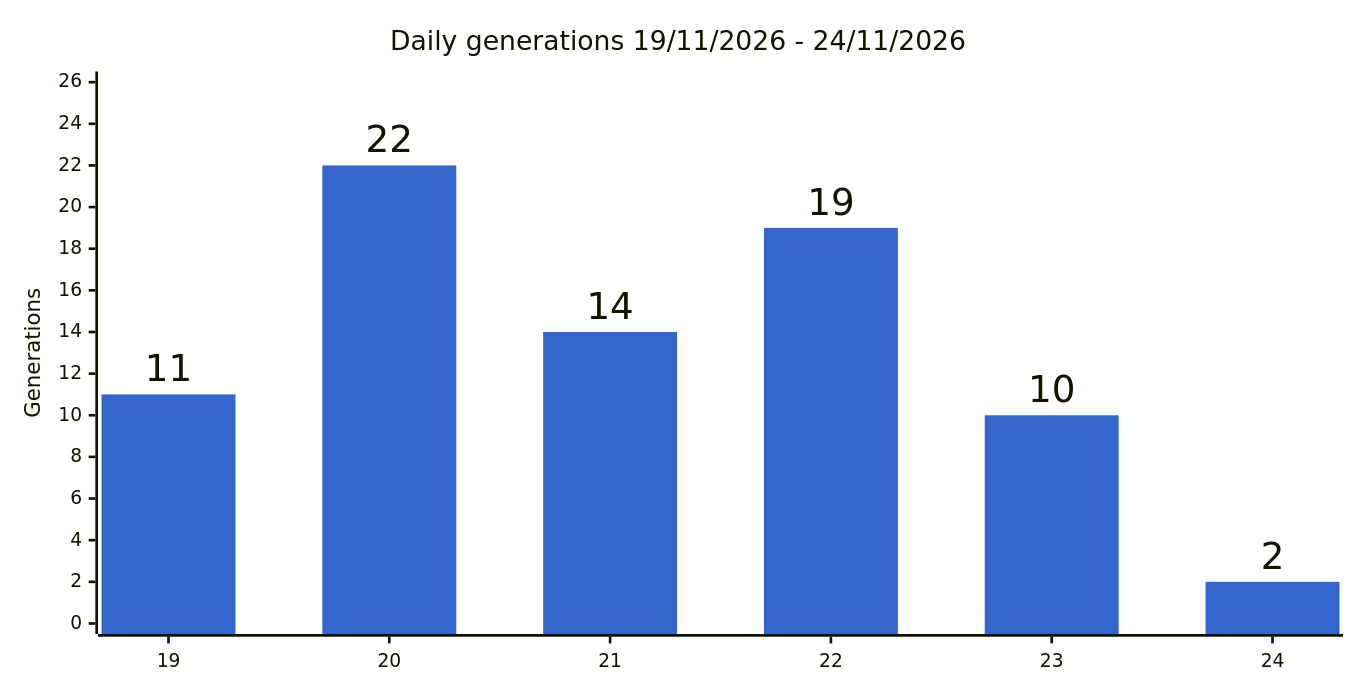
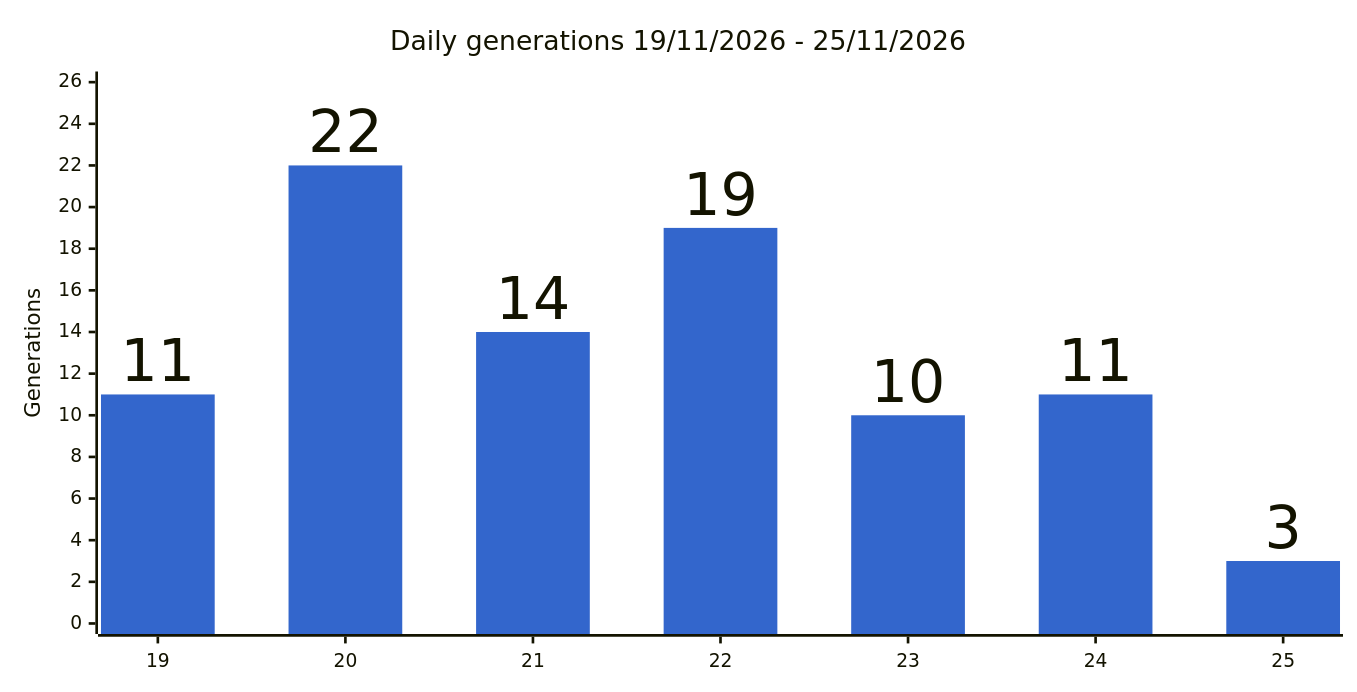
Before and after one commit to gmoulard/wikipedia2book: the second of 4 diagrams in docs/stats.md, drawn with Mermaid. The commit also changed other lines of this file and 3 other files, not shown here.

````diff
--- a/docs/stats.md
+++ b/docs/stats.md
@@ -32,8 +32,8 @@
 ```mermaid
 %%{init: {"xyChart": {"width": 1000, "showDataLabel": true, "showDataLabelOutsideBar": true}, "themeVariables": {"xyChart": {"plotColorPalette": "#3366cc"}}}}%%
 xychart-beta
-    title "Daily generations 19/11/2026 - 24/11/2026"
-    x-axis ["19", "20", "21", "22", "23", "24"]
+    title "Daily generations 19/11/2026 - 25/11/2026"
+    x-axis ["19", "20", "21", "22", "23", "24", "25"]
     y-axis "Generations" 0 --> 26
-    bar [11, 22, 14, 19, 10, 2]
+    bar [11, 22, 14, 19, 10, 11, 3]
 ```
````
